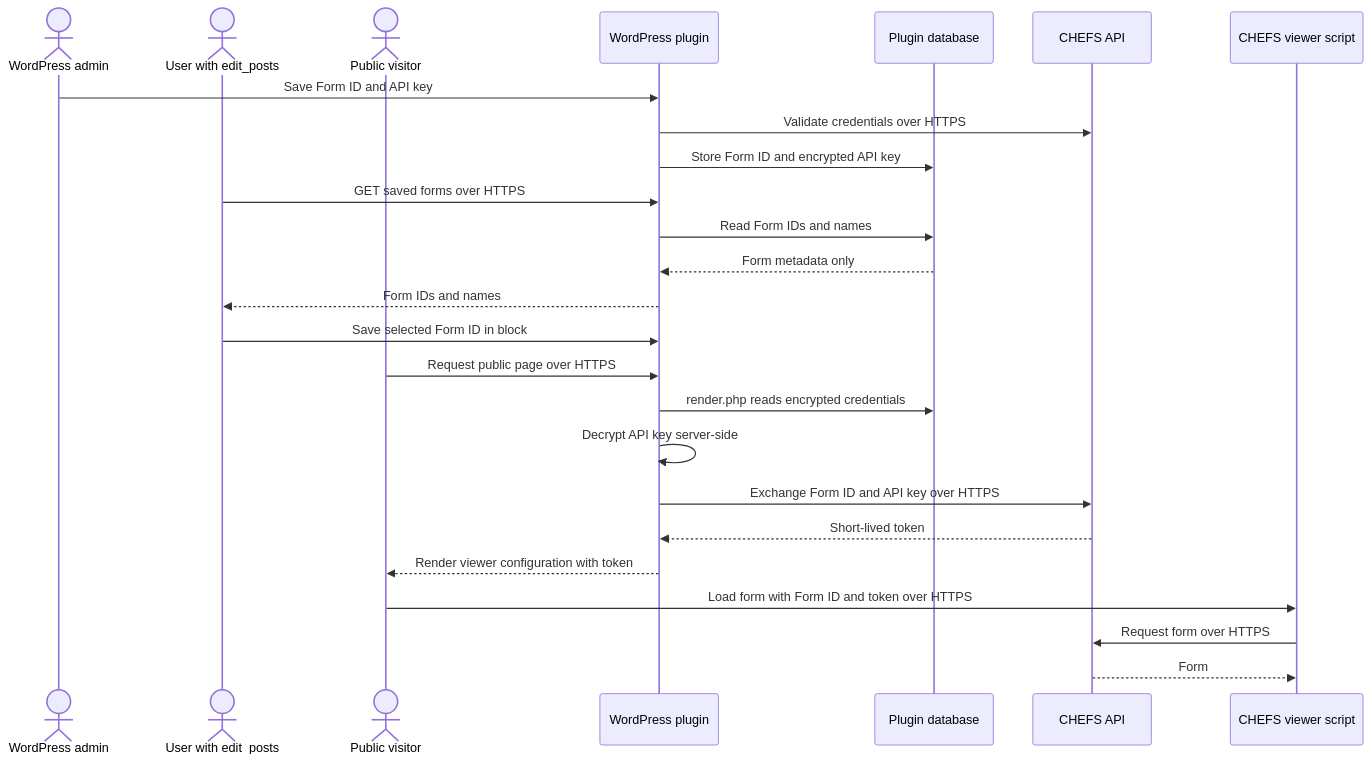
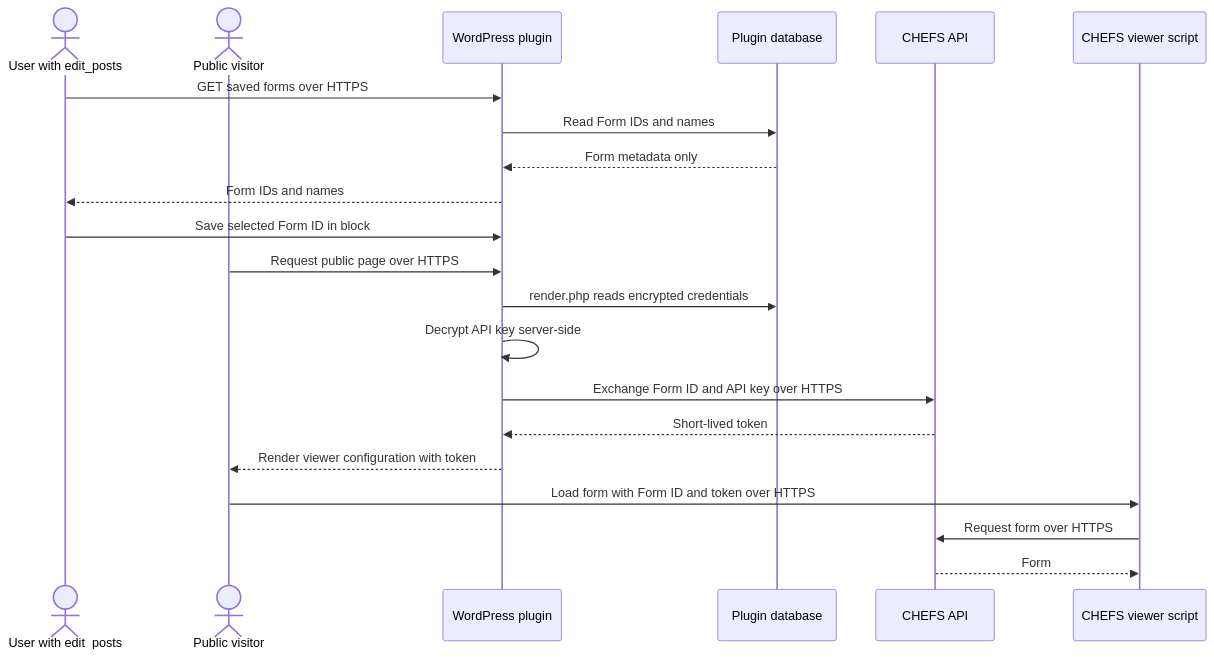
The diagram in plugins/bcew-chefs-embed/docs/developer/block-architecture.md (bcgov/bcew-monorepo), drawn with Mermaid before and after one commit. The commit also changed other lines of this file and 3 other files, not shown here.

First line of the commit message:
docs(DSWP-1366): remove API key steps from user docs

````diff
--- a/plugins/bcew-chefs-embed/docs/developer/block-architecture.md
+++ b/plugins/bcew-chefs-embed/docs/developer/block-architecture.md
@@ -38,30 +43,25 @@
 ```mermaid
 sequenceDiagram
-    actor Admin as WordPress admin
     actor Editor as User with edit_posts
     actor Visitor as Public visitor
     participant WP as WordPress plugin
     participant DB as Plugin database
     participant CHEFS as CHEFS API
     participant Viewer as CHEFS viewer script
-
-    Admin->>WP: Save Form ID and API key
-    WP->>CHEFS: Validate credentials over HTTPS
-    WP->>DB: Store Form ID and encrypted API key
 
     Editor->>WP: GET saved forms over HTTPS
     WP->>DB: Read Form IDs and names
     DB-->>WP: Form metadata only
     WP-->>Editor: Form IDs and names
     Editor->>WP: Save selected Form ID in block
 
     Visitor->>WP: Request public page over HTTPS
     WP->>DB: render.php reads encrypted credentials
     WP->>WP: Decrypt API key server-side
     WP->>CHEFS: Exchange Form ID and API key over HTTPS
     CHEFS-->>WP: Short-lived token
     WP-->>Visitor: Render viewer configuration with token
     Visitor->>Viewer: Load form with Form ID and token over HTTPS
     Viewer->>CHEFS: Request form over HTTPS
     CHEFS-->>Viewer: Form
 ```
````
